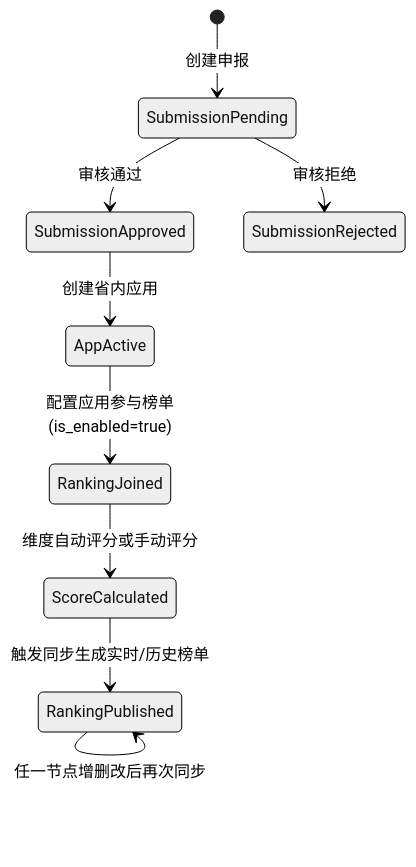
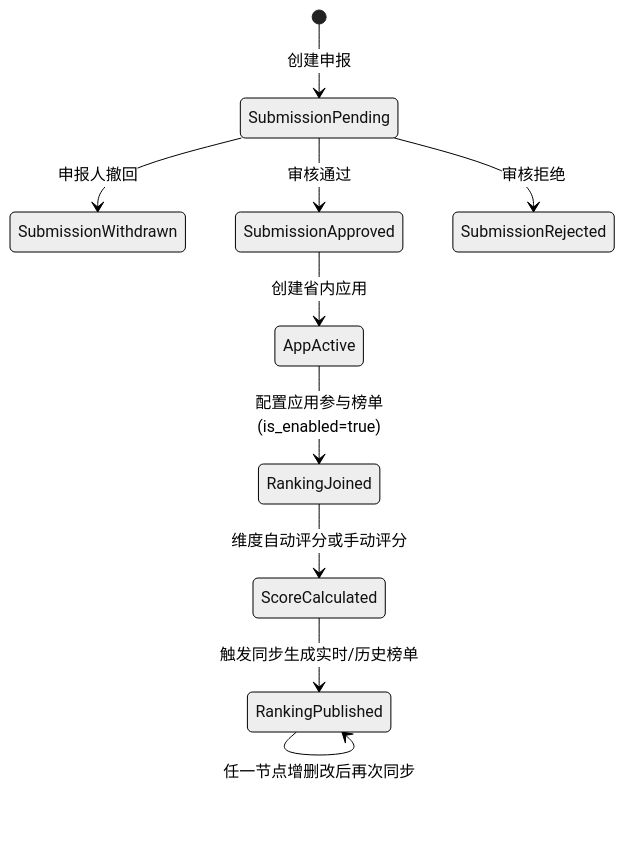
The second of 2 diagrams in docs/app-ranking-chain-flow.md (D-S-William-Guo/AI-Platform-Square-HB), drawn with Mermaid (neutral theme) before and after one commit. The commit also changed other lines of this file and 11 other files, not shown here.

Commit message:
fix: add submission self-management and withdrawn lifecycle

````diff
--- a/docs/app-ranking-chain-flow.md
+++ b/docs/app-ranking-chain-flow.md
@@ -36,11 +36,12 @@
 ```mermaid
 stateDiagram-v2
   [*] --> SubmissionPending: 创建申报
+  SubmissionPending --> SubmissionWithdrawn: 申报人撤回
   SubmissionPending --> SubmissionApproved: 审核通过
   SubmissionPending --> SubmissionRejected: 审核拒绝
   SubmissionApproved --> AppActive: 创建省内应用
   AppActive --> RankingJoined: 配置应用参与榜单(is_enabled=true)
   RankingJoined --> ScoreCalculated: 维度自动评分或手动评分
   ScoreCalculated --> RankingPublished: 触发同步生成实时/历史榜单
   RankingPublished --> RankingPublished: 任一节点增删改后再次同步
 ```
````
